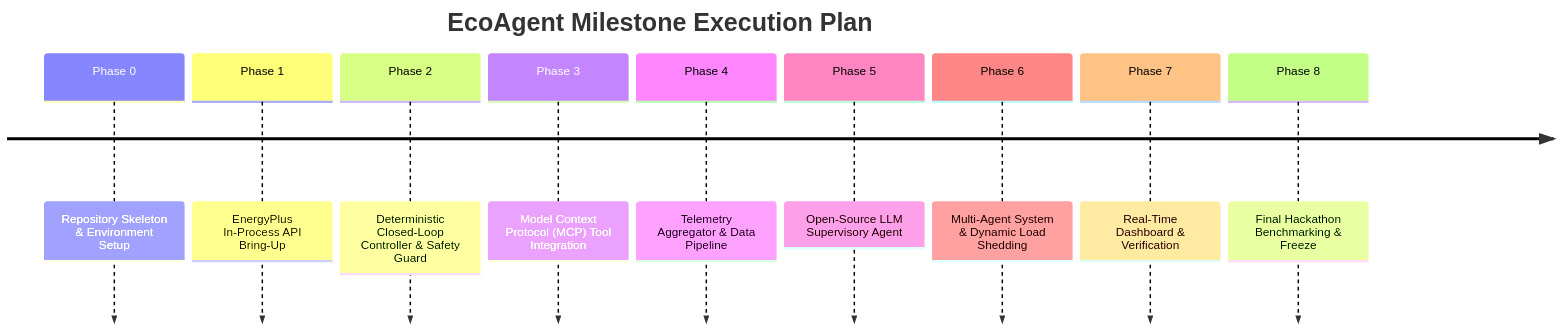
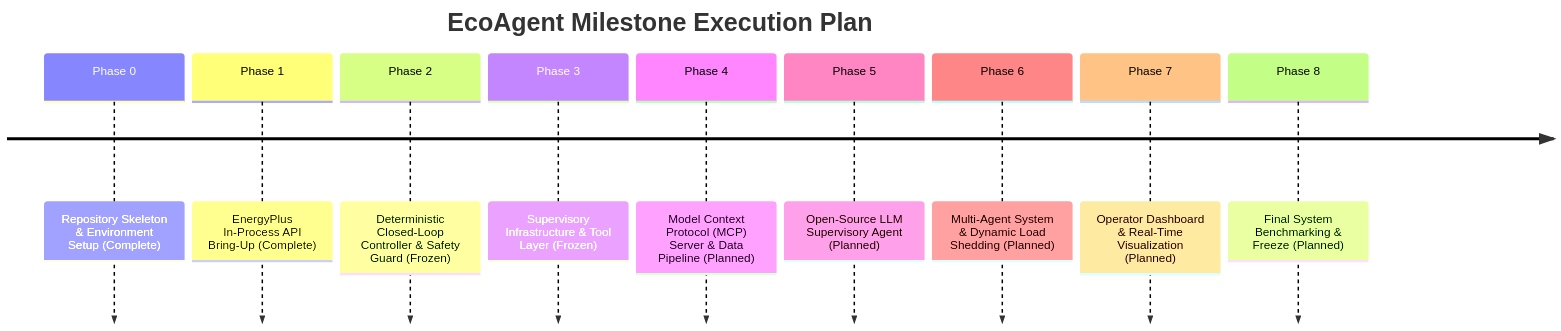
The diagram in docs/roadmap.md (omni-ar/EcoAgent), drawn with Mermaid before and after one commit. The commit also changed other lines of this file and 22 other files, not shown here.

Commit message:
Completed Phase 3 supervisory layer with TTL lifecycle, EventBus observability and regression tests

````diff
--- a/docs/roadmap.md
+++ b/docs/roadmap.md
@@ -11,13 +11,13 @@
 ```mermaid
 timeline
     title EcoAgent Milestone Execution Plan
-    Phase 0 : Repository Skeleton & Environment Setup
-    Phase 1 : EnergyPlus In-Process API Bring-Up
-    Phase 2 : Deterministic Closed-Loop Controller & Safety Guard
-    Phase 3 : Model Context Protocol (MCP) Tool Integration
-    Phase 4 : Telemetry Aggregator & Data Pipeline
-    Phase 5 : Open-Source LLM Supervisory Agent
-    Phase 6 : Multi-Agent System & Dynamic Load Shedding
-    Phase 7 : Real-Time Dashboard & Verification
-    Phase 8 : Final Hackathon Benchmarking & Freeze
+    Phase 0 : Repository Skeleton & Environment Setup (Complete)
+    Phase 1 : EnergyPlus In-Process API Bring-Up (Complete)
+    Phase 2 : Deterministic Closed-Loop Controller & Safety Guard (Frozen)
+    Phase 3 : Supervisory Infrastructure & Tool Layer (Frozen)
+    Phase 4 : Model Context Protocol (MCP) Server & Data Pipeline (Planned)
+    Phase 5 : Open-Source LLM Supervisory Agent (Planned)
+    Phase 6 : Multi-Agent System & Dynamic Load Shedding (Planned)
+    Phase 7 : Operator Dashboard & Real-Time Visualization (Planned)
+    Phase 8 : Final System Benchmarking & Freeze (Planned)
 ```
````
